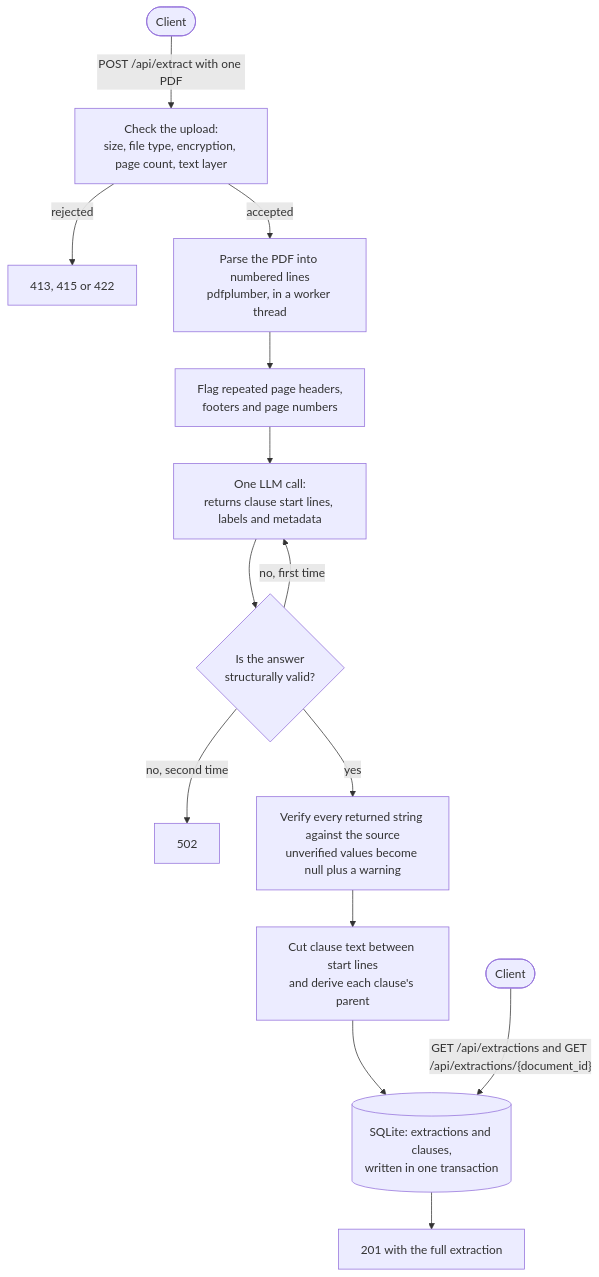
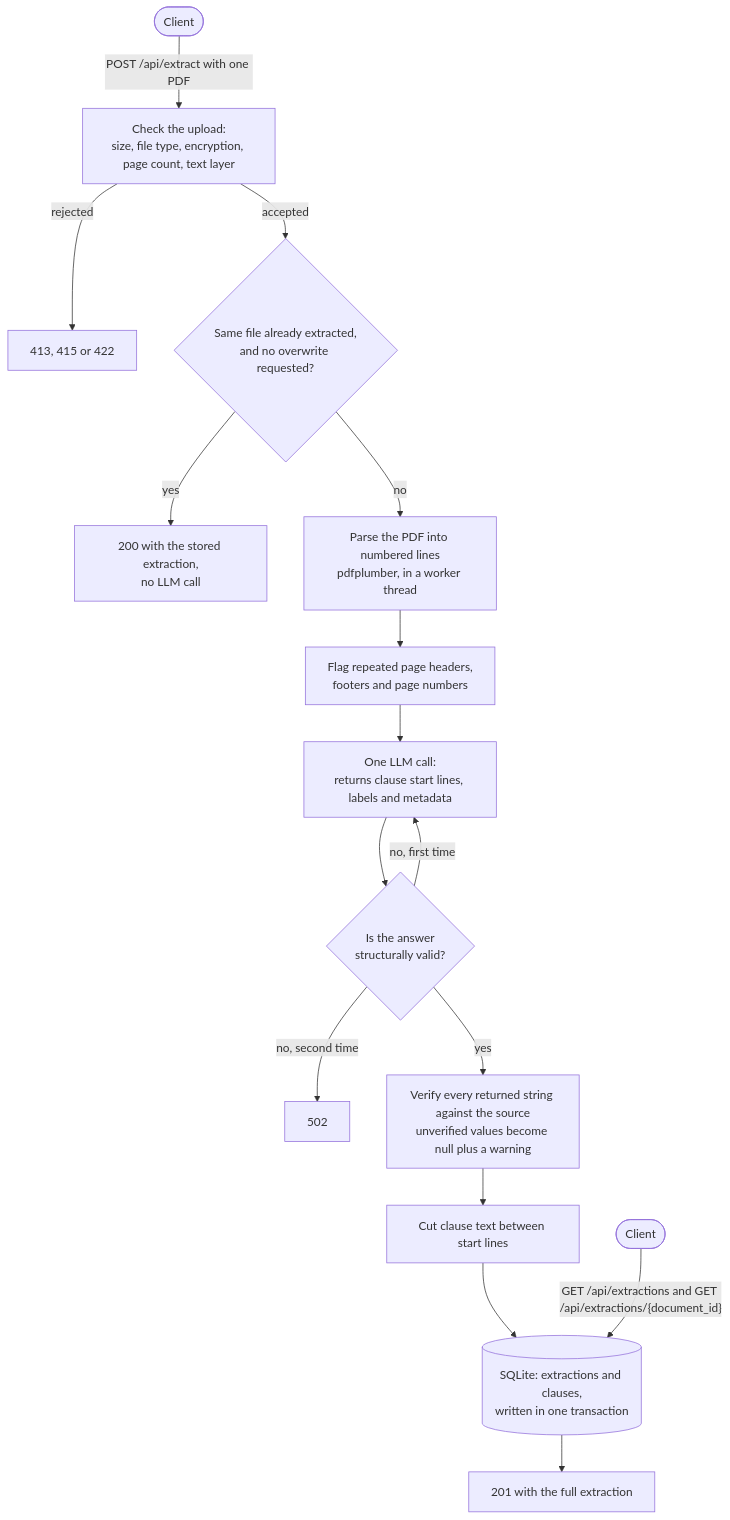
The diagram in README.md (abazaenis/legal-clause-extractor), drawn with Mermaid before and after one commit. The commit also changed other lines of this file and 18 other files, not shown here.

````diff
--- a/README.md
+++ b/README.md
@@ -7,16 +7,18 @@
 ```mermaid
 flowchart TD
     client(["Client"]) -->|"POST /api/extract with one PDF"| checks["Check the upload:<br/>size, file type, encryption, page count, text layer"]
     checks -->|"rejected"| reject["413, 415 or 422"]
-    checks -->|"accepted"| parse["Parse the PDF into numbered lines<br/>pdfplumber, in a worker thread"]
+    checks -->|"accepted"| known{"Same file already extracted,<br/>and no overwrite requested?"}
+    known -->|"yes"| stored["200 with the stored extraction,<br/>no LLM call"]
+    known -->|"no"| parse["Parse the PDF into numbered lines<br/>pdfplumber, in a worker thread"]
     parse --> noise["Flag repeated page headers,<br/>footers and page numbers"]
     noise --> llm["One LLM call:<br/>returns clause start lines, labels and metadata"]
     llm --> valid{"Is the answer<br/>structurally valid?"}
     valid -->|"no, first time"| llm
     valid -->|"no, second time"| fail["502"]
     valid -->|"yes"| verify["Verify every returned string against the source<br/>unverified values become null plus a warning"]
-    verify --> cut["Cut clause text between start lines<br/>and derive each clause's parent"]
+    verify --> cut["Cut clause text between start lines"]
     cut --> store[("SQLite: extractions and clauses,<br/>written in one transaction")]
     store --> created["201 with the full extraction"]
     reader(["Client"]) -->|"GET /api/extractions and GET /api/extractions/{document_id}"| store
 ```
````
